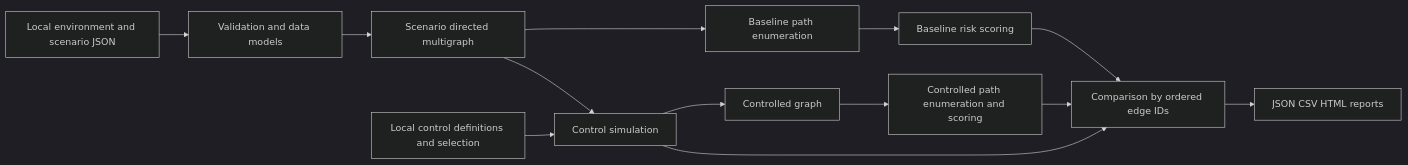
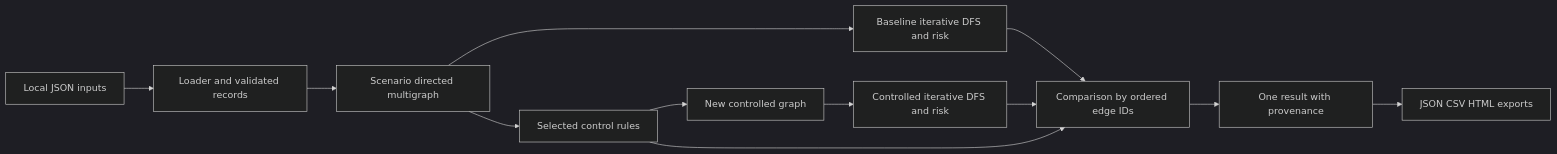
One commit to sayami1987/sunhaven-sitas-threat-simulator changed the diagram in docs/design/system-design.md. Above: the diagram before and after it, drawn with Mermaid (dark theme). The commit also changed other lines of this file and 42 other files, not shown here.

````diff
--- a/docs/design/system-design.md
+++ b/docs/design/system-design.md
@@ -15,15 +13,14 @@
 ```mermaid
 flowchart LR
-    I[Local environment and scenario JSON] --> V[Validation and data models]
+    I[Local JSON inputs] --> V[Loader and validated records]
     V --> G[Scenario directed multigraph]
-    G --> P[Baseline path enumeration]
-    P --> R[Baseline risk scoring]
-    C[Local control definitions and selection] --> E[Control simulation]
-    G --> E
-    E --> H[Controlled graph]
-    H --> Q[Controlled path enumeration and scoring]
-    R --> X[Comparison by ordered edge IDs]
-    Q --> X
-    E --> X
-    X --> O[JSON CSV HTML reports]
+    G --> B[Baseline iterative DFS and risk]
+    G --> C[Selected control rules]
+    C --> H[New controlled graph]
+    H --> R[Controlled iterative DFS and risk]
+    B --> X[Comparison by ordered edge IDs]
+    R --> X
+    C --> X
+    X --> A[One result with provenance]
+    A --> O[JSON CSV HTML exports]
 ```
````
